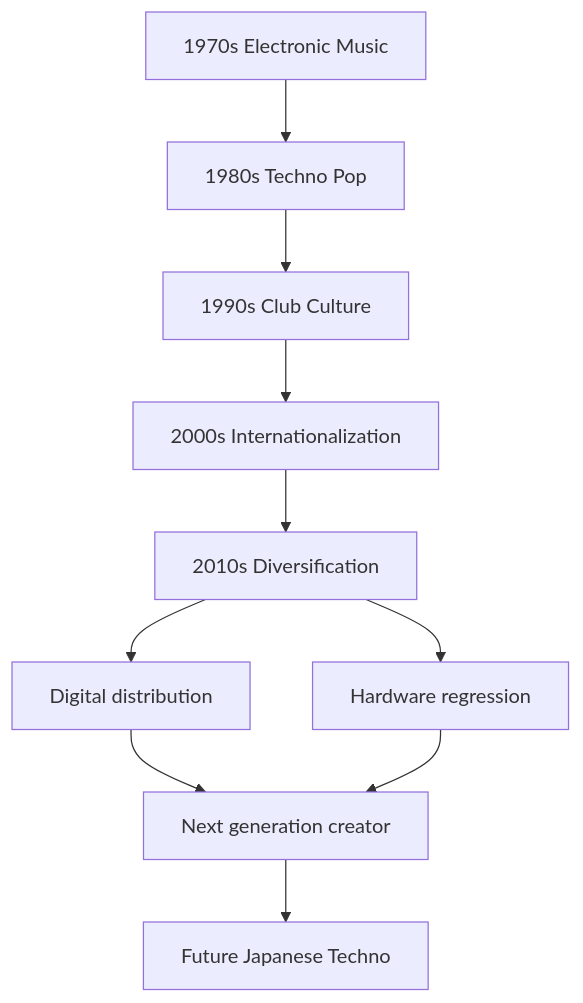
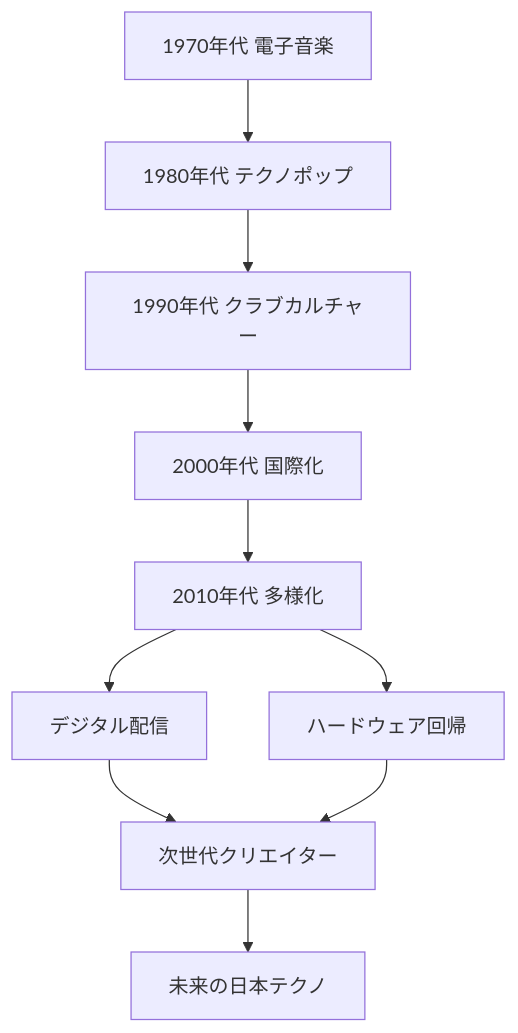
The fourth of 6 diagrams in en/_posts/2026-06-27-column-japanese-techno.md (monumental-movement/monumental-movement.github.io), drawn with Mermaid before and after one commit. The commit also changed other lines of this file and 2196 other files, not shown here.

```diff
--- a/en/_posts/2026-06-27-column-japanese-techno.md
+++ b/en/_posts/2026-06-27-column-japanese-techno.md
@@ -587,24 +586,24 @@
 <div class="mermaid">
 flowchart TD
 
-A["1970s Electronic Music"]
-B["1980s Techno Pop"]
-C["1990s Club Culture"]
-D["2000s Internationalization"]
-E["2010s Diversification"]
-F["Digital distribution"]
-G["Hardware regression"]
-H["Next generation creator"]
-I["Future Japanese Techno"]
+A["1970年代 電子音楽"]
+B["1980年代 テクノポップ"]
+C["1990年代 クラブカルチャー"]
+D["2000年代 国際化"]
+E["2010年代 多様化"]
+F["デジタル配信"]
+G["ハードウェア回帰"]
+H["次世代クリエイター"]
+I["未来の日本テクノ"]
 
 A --> B
 B --> C
 C --> D
 D --> E
 E --> F
 E --> G
 F --> H
 G --> H
 H --> I
 
 </div>
```
